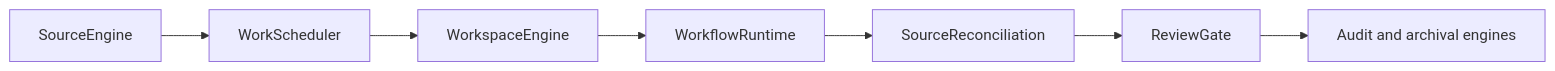
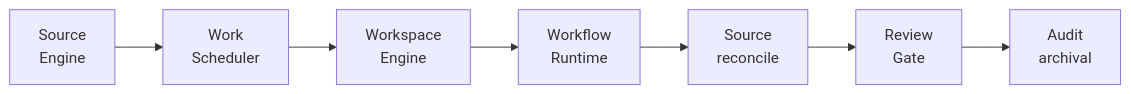
The second of 2 diagrams in README.md (nshkrdotcom/mezzanine), drawn with Mermaid before and after one commit. The commit also changed other lines of this file, not shown here.

Commit message:
docs: wrap README Mermaid labels

````diff
--- a/README.md
+++ b/README.md
@@ -150,9 +150,9 @@
 ```mermaid
 flowchart LR
-  Source["SourceEngine"] --> Scheduler["WorkScheduler"]
-  Scheduler --> Workspace["WorkspaceEngine"]
-  Workspace --> Runtime["WorkflowRuntime"]
-  Runtime --> Reconcile["SourceReconciliation"]
-  Reconcile --> ReviewGate["ReviewGate"]
-  ReviewGate --> Audit["Audit and archival engines"]
+  Source["Source<br/>Engine"] --> Scheduler["Work<br/>Scheduler"]
+  Scheduler --> Workspace["Workspace<br/>Engine"]
+  Workspace --> Runtime["Workflow<br/>Runtime"]
+  Runtime --> Reconcile["Source<br/>reconcile"]
+  Reconcile --> ReviewGate["Review<br/>Gate"]
+  ReviewGate --> Audit["Audit<br/>archival"]
 ```
````
